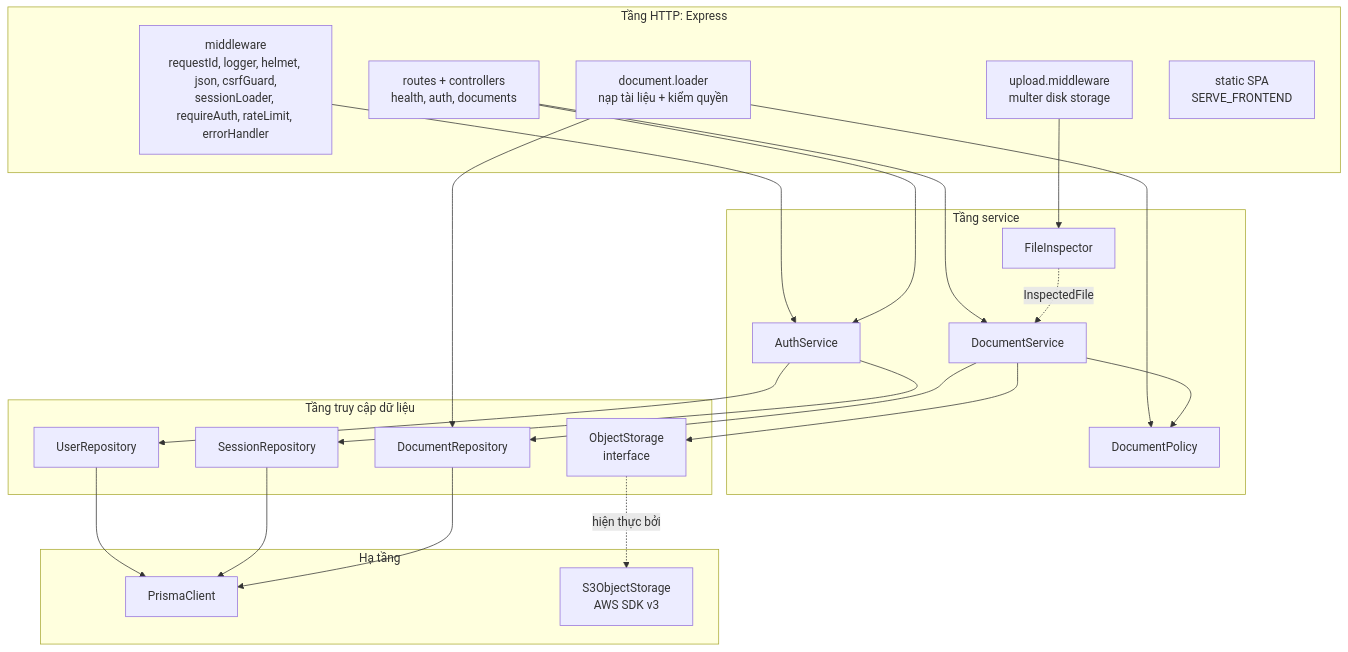
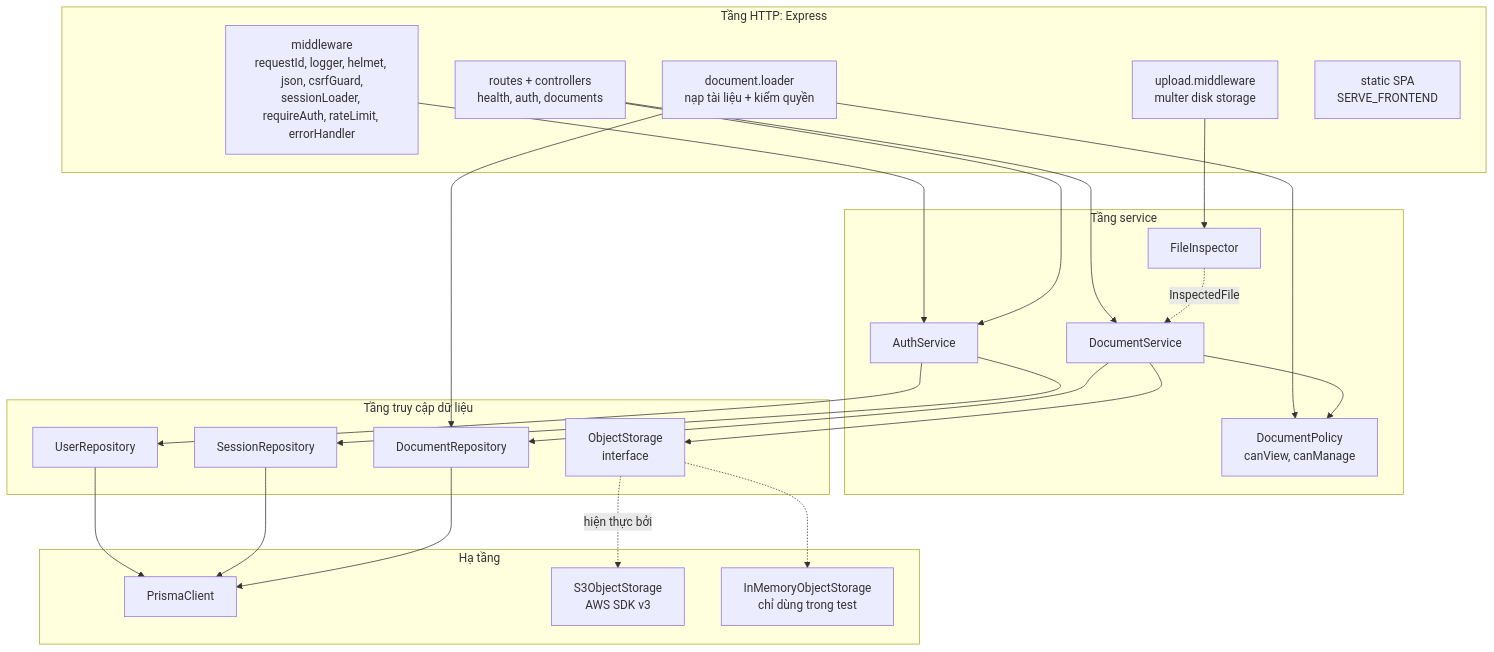
One commit to august0362/btl_cloud changed the fourth of 15 diagrams in docs/ARCHITECTURE.md. Above: the diagram before and after it, drawn with Mermaid. The commit also changed other lines of this file and 9 other files, not shown here.

````diff
--- a/docs/ARCHITECTURE.md
+++ b/docs/ARCHITECTURE.md
@@ -271,42 +173,44 @@
 ```mermaid
 flowchart TB
   subgraph http["Tầng HTTP: Express"]
     mw["middleware<br/>requestId, logger, helmet, json, csrfGuard,<br/>sessionLoader, requireAuth, rateLimit, errorHandler"]
     routes["routes + controllers<br/>health, auth, documents"]
     loader["document.loader<br/>nạp tài liệu + kiểm quyền"]
     upload["upload.middleware<br/>multer disk storage"]
     static["static SPA<br/>SERVE_FRONTEND"]
   end
   subgraph svc["Tầng service"]
     authS["AuthService"]
     docS["DocumentService"]
-    policy["DocumentPolicy"]
+    policy["DocumentPolicy<br/>canView, canManage"]
     inspector["FileInspector"]
   end
   subgraph data["Tầng truy cập dữ liệu"]
     userR["UserRepository"]
     sessR["SessionRepository"]
     docR["DocumentRepository"]
     storage["ObjectStorage<br/>interface"]
   end
   subgraph infra["Hạ tầng"]
     prisma["PrismaClient"]
     s3impl["S3ObjectStorage<br/>AWS SDK v3"]
+    mem["InMemoryObjectStorage<br/>chỉ dùng trong test"]
   end
   mw --> authS
   routes --> authS
   routes --> docS
   loader --> docR
   loader --> policy
   upload --> inspector
   docS --> policy
   docS --> docR
   docS --> storage
   inspector -.->|"InspectedFile"| docS
   authS --> userR
   authS --> sessR
   userR --> prisma
   sessR --> prisma
   docR --> prisma
   storage -.->|"hiện thực bởi"| s3impl
+  storage -.-> mem
 ```
````
